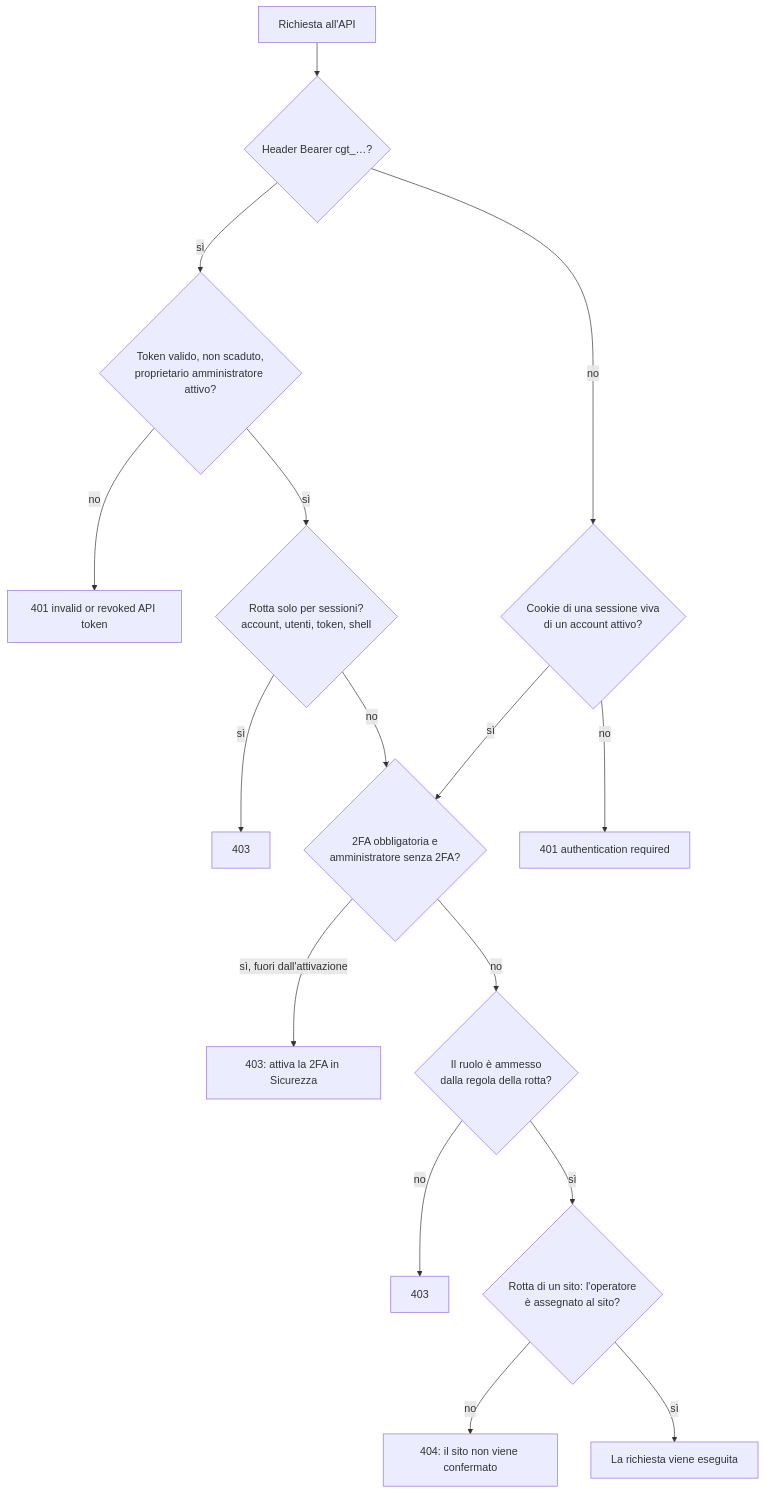
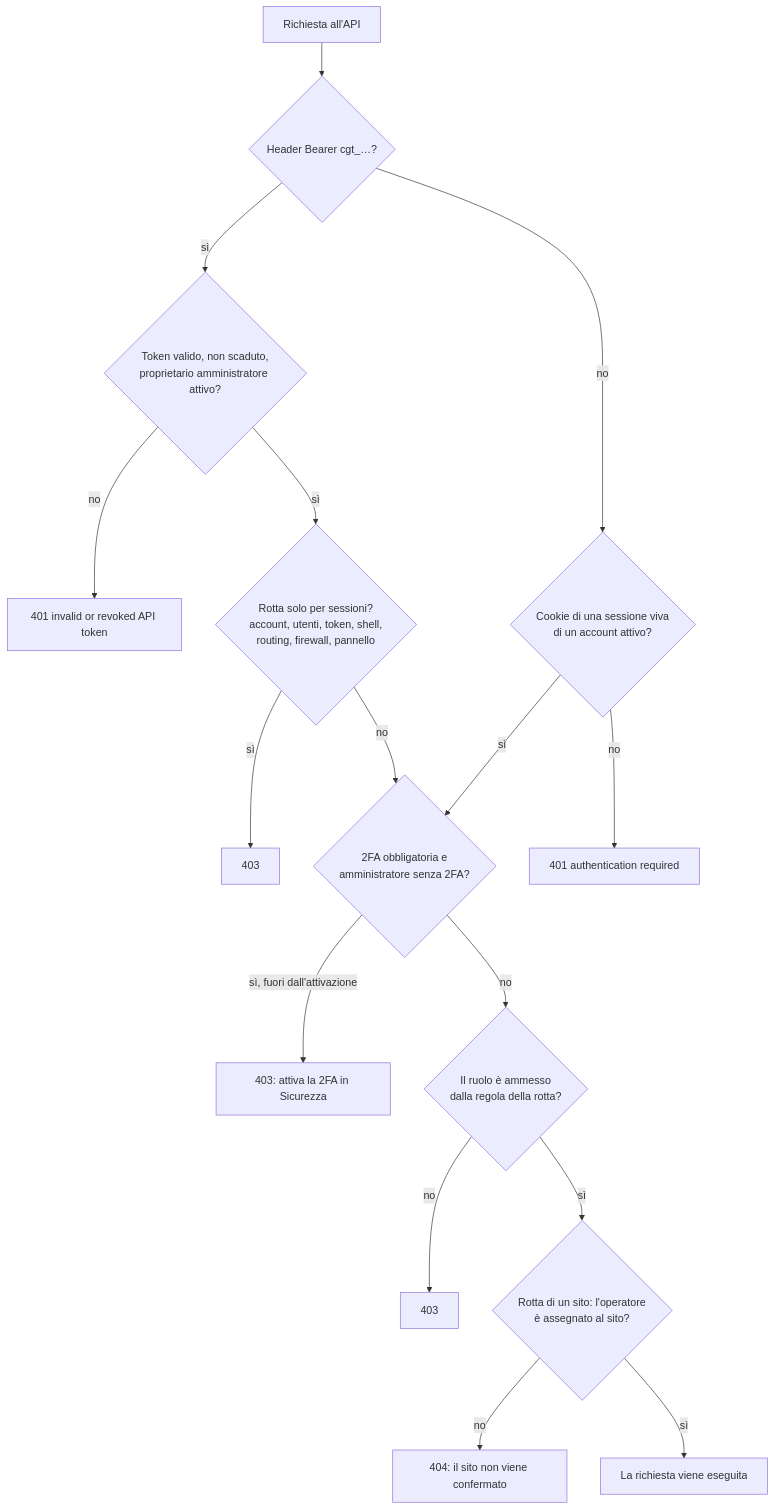
One commit to cloudground-it/cloudground-docs changed the diagram in docs/reference/roles-and-permissions.mdx. Above: the diagram before and after it, drawn with Mermaid. The commit also changed other lines of this file and 11 other files, not shown here.

````diff
--- a/docs/reference/roles-and-permissions.mdx
+++ b/docs/reference/roles-and-permissions.mdx
@@ -23,18 +23,18 @@
 ```mermaid
 flowchart TD
   R["Richiesta all'API"] --> T{"Header Bearer cgt_…?"}
   T -- sì --> TV{"Token valido, non scaduto,<br/>proprietario amministratore attivo?"}
   TV -- no --> E401a["401 invalid or revoked API token"]
-  TV -- sì --> SO{"Rotta solo per sessioni?<br/>account, utenti, token, shell"}
+  TV -- sì --> SO{"Rotta solo per sessioni?<br/>account, utenti, token, shell,<br/>routing, firewall, pannello"}
   SO -- sì --> E403a["403"]
   SO -- no --> TF
   T -- no --> S{"Cookie di una sessione viva<br/>di un account attivo?"}
   S -- no --> E401b["401 authentication required"]
   S -- sì --> TF{"2FA obbligatoria e<br/>amministratore senza 2FA?"}
   TF -- "sì, fuori dall'attivazione" --> E403b["403: attiva la 2FA in Sicurezza"]
   TF -- no --> P{"Il ruolo è ammesso<br/>dalla regola della rotta?"}
   P -- no --> E403c["403"]
   P -- sì --> L{"Rotta di un sito: l'operatore<br/>è assegnato al sito?"}
   L -- no --> E404["404: il sito non viene confermato"]
   L -- sì --> H["La richiesta viene eseguita"]
 ```
````
